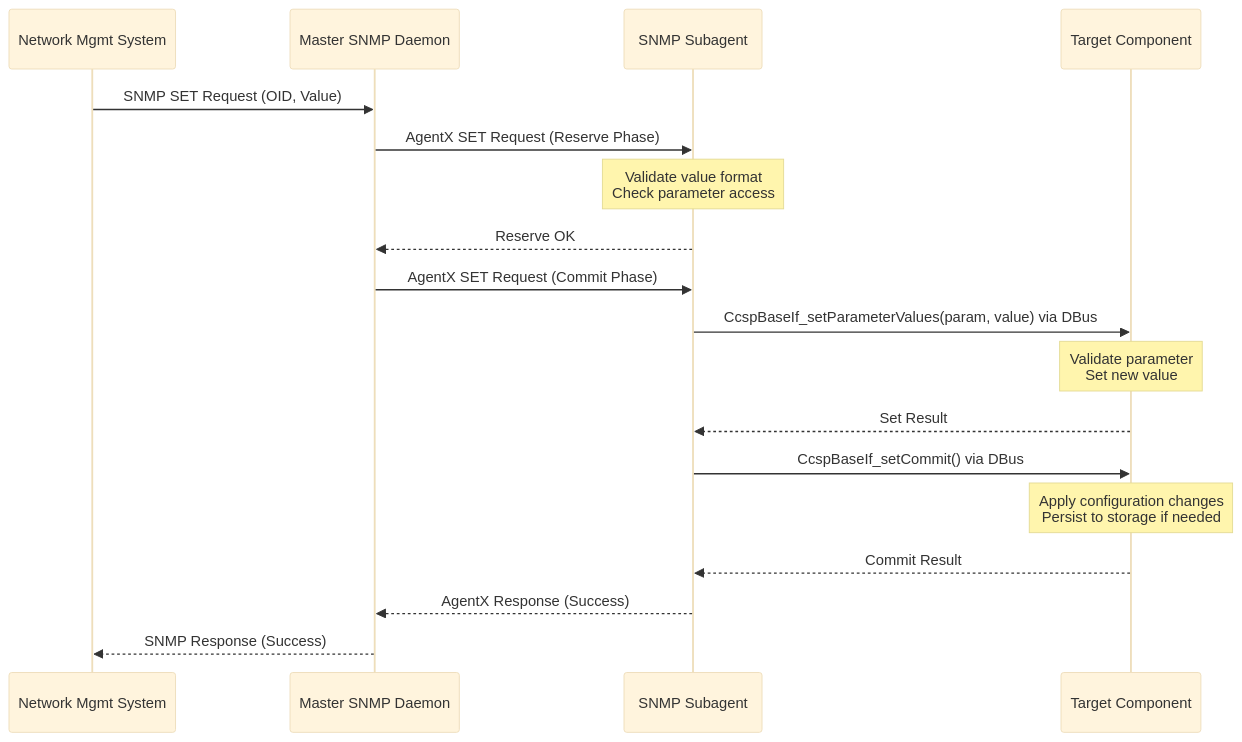
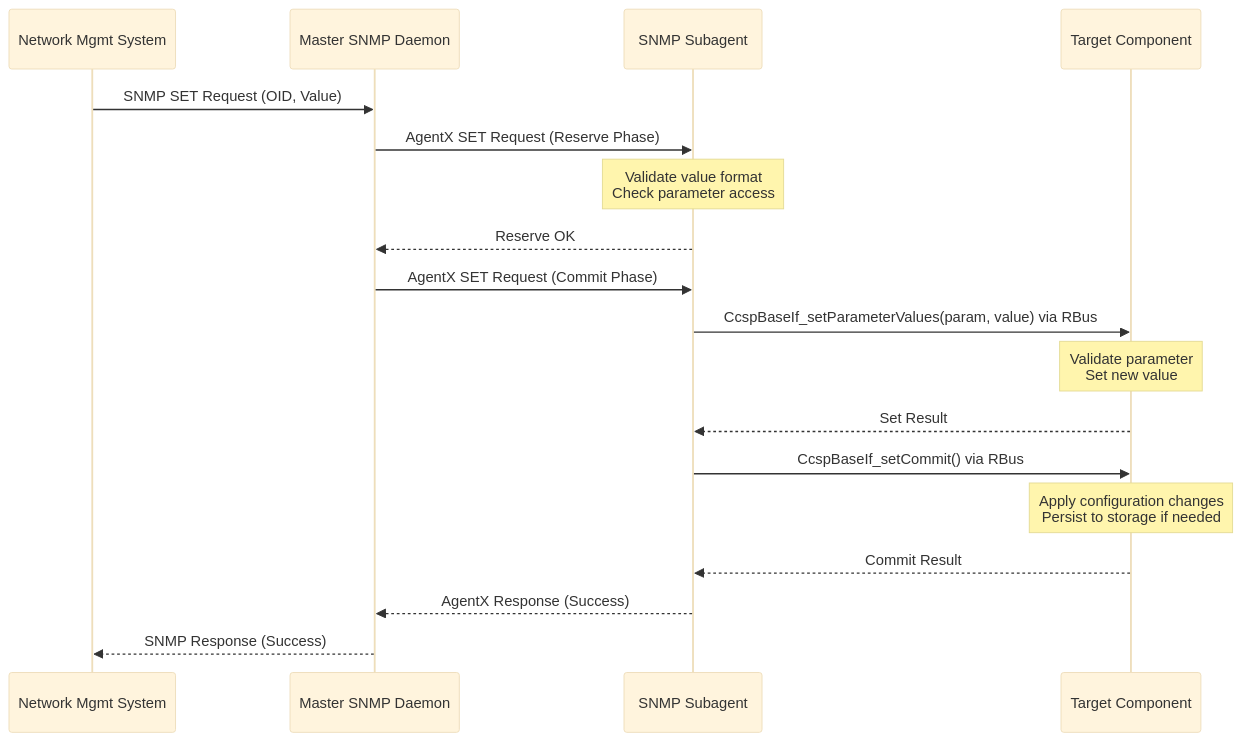
The eighth of 9 diagrams in docs/docu/dec17/snmp-protocol-agent-feb27.md (rns21/RDK_Documentation), drawn with Mermaid (base theme) before and after one commit. The commit also changed other lines of this file, not shown here.

````diff
--- a/docs/docu/dec17/snmp-protocol-agent-feb27.md
+++ b/docs/docu/dec17/snmp-protocol-agent-feb27.md
@@ -481,24 +473,24 @@
 ```mermaid
 sequenceDiagram
     participant NMS as Network Mgmt System
     participant Master as Master SNMP Daemon
     participant SubAgent as SNMP Subagent
     participant Target as Target Component
 
     NMS->>Master: SNMP SET Request (OID, Value)
     Master->>SubAgent: AgentX SET Request (Reserve Phase)
     Note over SubAgent: Validate value format<br/>Check parameter access
     SubAgent-->>Master: Reserve OK
     
     Master->>SubAgent: AgentX SET Request (Commit Phase)
-    SubAgent->>Target: CcspBaseIf_setParameterValues(param, value) via DBus
+    SubAgent->>Target: CcspBaseIf_setParameterValues(param, value) via RBus
     Note over Target: Validate parameter<br/>Set new value
     Target-->>SubAgent: Set Result
     
-    SubAgent->>Target: CcspBaseIf_setCommit() via DBus
+    SubAgent->>Target: CcspBaseIf_setCommit() via RBus
     Note over Target: Apply configuration changes<br/>Persist to storage if needed
     Target-->>SubAgent: Commit Result
     
     SubAgent-->>Master: AgentX Response (Success)
     Master-->>NMS: SNMP Response (Success)
 ```
````
